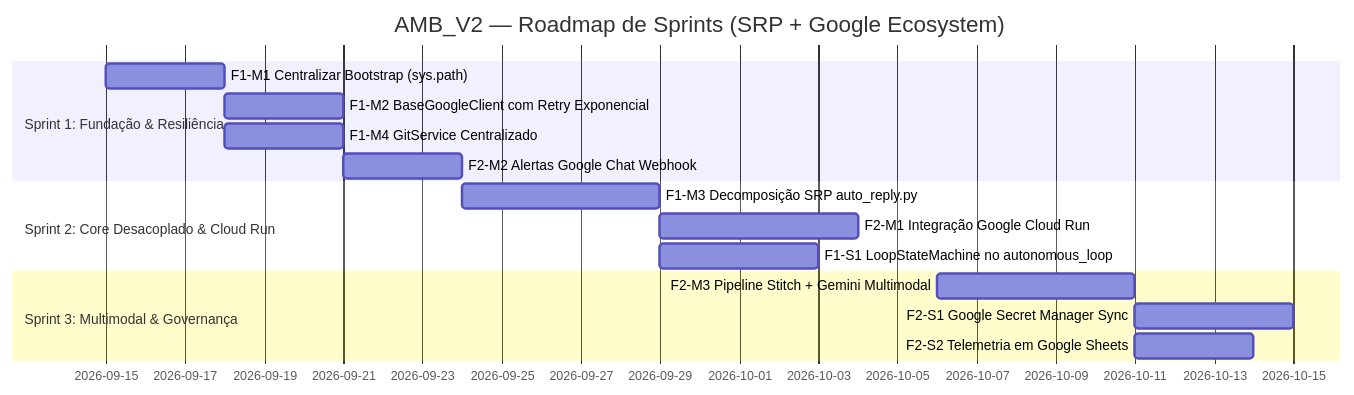
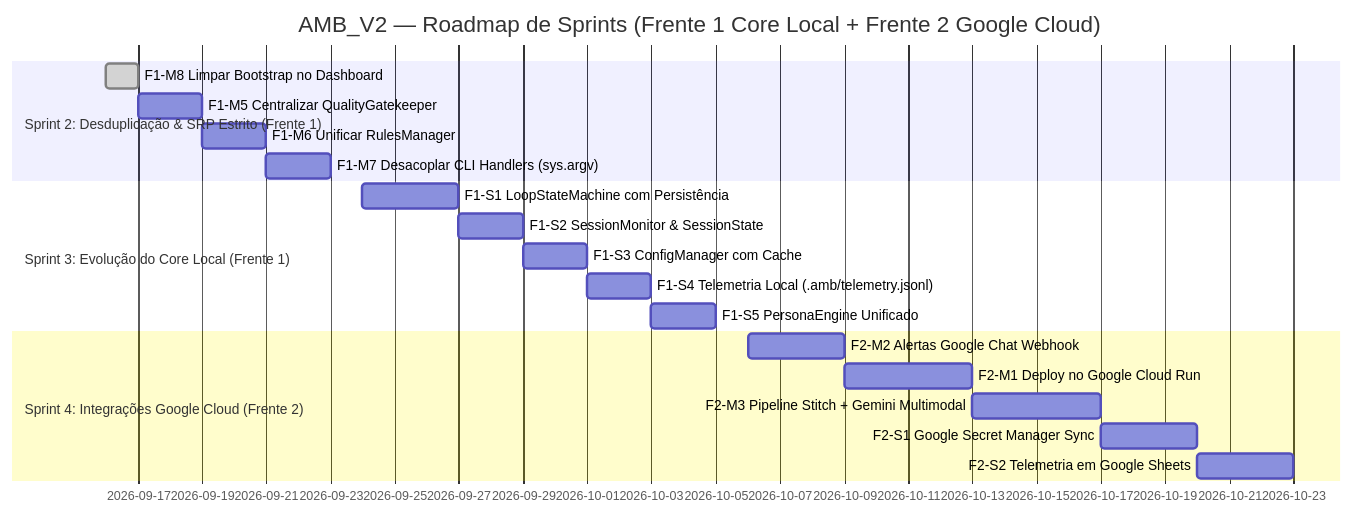
One commit to DiogoLuisHS/amb_v2 changed the diagram in SUGGESTIONS.md. Above: the diagram before and after it, drawn with Mermaid. The commit also changed other lines of this file and 11 other files, not shown here.

First line of the commit message:
refactor(dashboard): extincao da pasta dashboard e migracao SRP dos sentinelas

````diff
--- a/SUGGESTIONS.md
+++ b/SUGGESTIONS.md
@@ -187,18 +152,22 @@
 ```mermaid
 gantt
-    title AMB_V2 — Roadmap de Sprints (SRP + Google Ecosystem)
+    title AMB_V2 — Roadmap de Sprints (Frente 1 Core Local + Frente 2 Google Cloud)
     dateFormat  YYYY-MM-DD
-    section Sprint 1: Fundação & Resiliência
-    F1-M1 Centralizar Bootstrap (sys.path)       :a1, 2026-09-15, 3d
-    F1-M2 BaseGoogleClient com Retry Exponencial  :a2, after a1, 3d
-    F1-M4 GitService Centralizado                 :a3, after a1, 3d
-    F2-M2 Alertas Google Chat Webhook             :a4, after a2, 3d
-    section Sprint 2: Core Desacoplado & Cloud Run
-    F1-M3 Decomposição SRP auto_reply.py          :b1, 2026-09-24, 5d
-    F2-M1 Integração Google Cloud Run             :b2, after b1, 5d
-    F1-S1 LoopStateMachine no autonomous_loop     :b3, after b1, 4d
-    section Sprint 3: Multimodal & Governança
-    F2-M3 Pipeline Stitch + Gemini Multimodal     :c1, 2026-10-06, 5d
-    F2-S1 Google Secret Manager Sync              :c2, after c1, 4d
-    F2-S2 Telemetria em Google Sheets             :c3, after c1, 3d
+    section Sprint 2: Desduplicação & SRP Estrito (Frente 1)
+    F1-M8 Limpar Bootstrap no Dashboard         :done, b0, 2026-09-16, 1d
+    F1-M5 Centralizar QualityGatekeeper          :b1, 2026-09-17, 2d
+    F1-M6 Unificar RulesManager                  :b2, after b1, 2d
+    F1-M7 Desacoplar CLI Handlers (sys.argv)     :b3, after b2, 2d
+    section Sprint 3: Evolução do Core Local (Frente 1)
+    F1-S1 LoopStateMachine com Persistência      :c1, 2026-09-24, 3d
+    F1-S2 SessionMonitor & SessionState          :c2, after c1, 2d
+    F1-S3 ConfigManager com Cache                :c3, after c2, 2d
+    F1-S4 Telemetria Local (.amb/telemetry.jsonl):c4, after c3, 2d
+    F1-S5 PersonaEngine Unificado                :c5, after c4, 2d
+    section Sprint 4: Integrações Google Cloud (Frente 2)
+    F2-M2 Alertas Google Chat Webhook            :d1, 2026-10-06, 3d
+    F2-M1 Deploy no Google Cloud Run             :d2, after d1, 4d
+    F2-M3 Pipeline Stitch + Gemini Multimodal    :d3, after d2, 4d
+    F2-S1 Google Secret Manager Sync             :d4, after d3, 3d
+    F2-S2 Telemetria em Google Sheets            :d5, after d4, 3d
 ```
````
